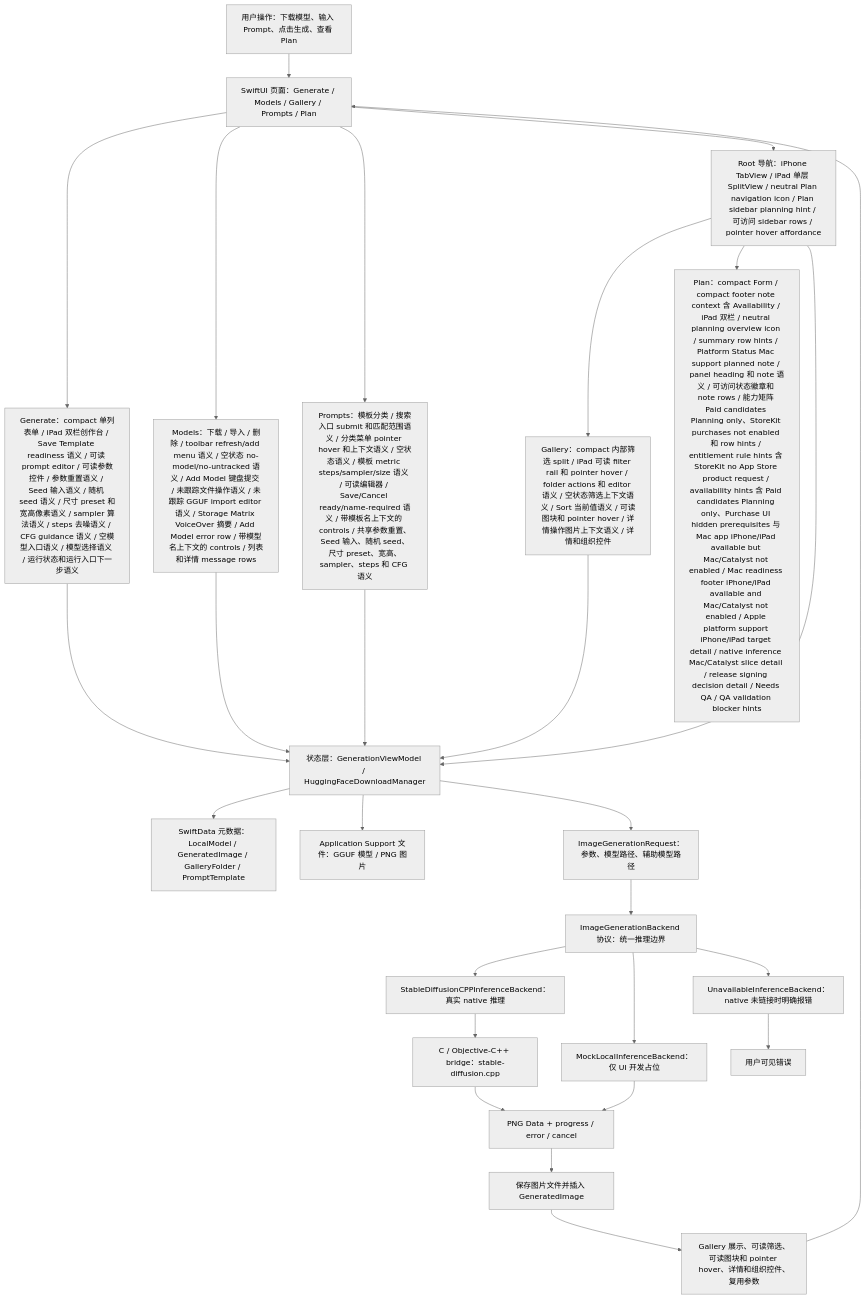
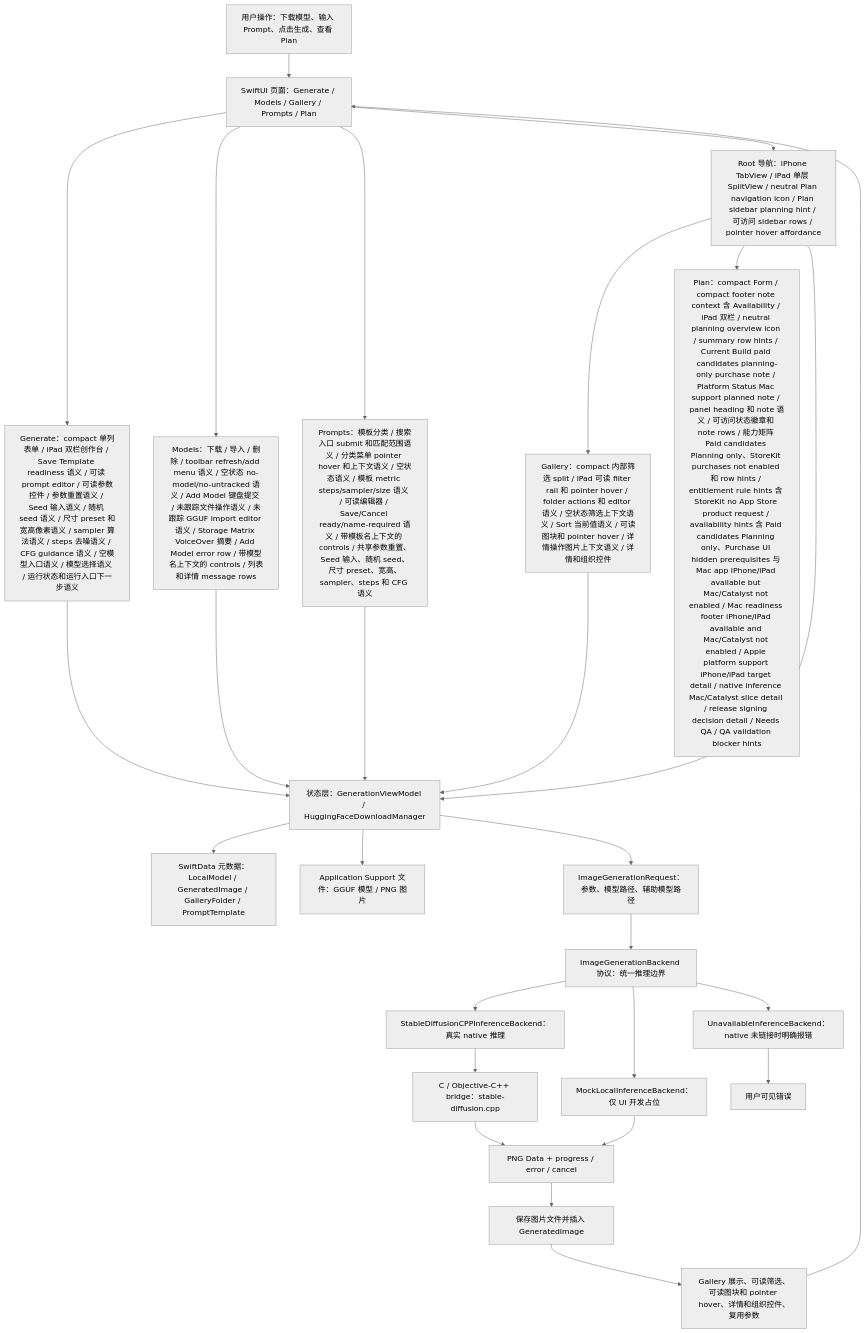
Before and after one commit to Altman-sam114/118: the first of 7 diagrams in md/flow/flowchart.md, drawn with Mermaid (neutral theme). The commit also changed 5 other files, not shown here.

First line of the commit message:
v1.86: Plan purchase note copy

````diff
--- a/md/flow/flowchart.md
+++ b/md/flow/flowchart.md
@@ -9,29 +9,29 @@
 ```mermaid
 flowchart TD
   U["用户操作：下载模型、输入 Prompt、点击生成、查看 Plan"] --> UI["SwiftUI 页面：Generate / Models / Gallery / Prompts / Plan"]
   UI --> GENUI["Generate：compact 单列表单 / iPad 双栏创作台 / Save Template readiness 语义 / 可读 prompt editor / 可读参数控件 / 参数重置语义 / Seed 输入语义 / 随机 seed 语义 / 尺寸 preset 和宽高像素语义 / sampler 算法语义 / steps 去噪语义 / CFG guidance 语义 / 空模型入口语义 / 模型选择语义 / 运行状态和运行入口下一步语义"]
   UI --> MODELUI["Models：下载 / 导入 / 删除 / toolbar refresh/add menu 语义 / 空状态 no-model/no-untracked 语义 / Add Model 键盘提交 / 未跟踪文件操作语义 / 未跟踪 GGUF import editor 语义 / Storage Matrix VoiceOver 摘要 / Add Model error row / 带模型名上下文的 controls / 列表和详情 message rows"]
   UI --> PROMPTUI["Prompts：模板分类 / 搜索入口 submit 和匹配范围语义 / 分类菜单 pointer hover 和上下文语义 / 空状态语义 / 模板 metric steps/sampler/size 语义 / 可读编辑器 / Save/Cancel ready/name-required 语义 / 带模板名上下文的 controls / 共享参数重置、Seed 输入、随机 seed、尺寸 preset、宽高、sampler、steps 和 CFG 语义"]
   UI --> NAV["Root 导航：iPhone TabView / iPad 单层 SplitView / neutral Plan navigation icon / Plan sidebar planning hint / 可访问 sidebar rows / pointer hover affordance"]
   NAV --> GALUI["Gallery：compact 内部筛选 split / iPad 可读 filter rail 和 pointer hover / folder actions 和 editor 语义 / 空状态筛选上下文语义 / Sort 当前值语义 / 可读图块和 pointer hover / 详情操作图片上下文语义 / 详情和组织控件"]
-  NAV --> PLANUI["Plan：compact Form / compact footer note context 含 Availability / iPad 双栏 / neutral planning overview icon / summary row hints / Platform Status Mac support planned note / panel heading 和 note 语义 / 可访问状态徽章和 note rows / 能力矩阵 Paid candidates Planning only、StoreKit purchases not enabled 和 row hints / entitlement rule hints 含 StoreKit no App Store product request / availability hints 含 Paid candidates Planning only、Purchase UI hidden prerequisites 与 Mac app iPhone/iPad available but Mac/Catalyst not enabled / Mac readiness footer iPhone/iPad available and Mac/Catalyst not enabled / Apple platform support iPhone/iPad target detail / native inference Mac/Catalyst slice detail / release signing decision detail / Needs QA / QA validation blocker hints"]
+  NAV --> PLANUI["Plan：compact Form / compact footer note context 含 Availability / iPad 双栏 / neutral planning overview icon / summary row hints / Current Build paid candidates planning-only purchase note / Platform Status Mac support planned note / panel heading 和 note 语义 / 可访问状态徽章和 note rows / 能力矩阵 Paid candidates Planning only、StoreKit purchases not enabled 和 row hints / entitlement rule hints 含 StoreKit no App Store product request / availability hints 含 Paid candidates Planning only、Purchase UI hidden prerequisites 与 Mac app iPhone/iPad available but Mac/Catalyst not enabled / Mac readiness footer iPhone/iPad available and Mac/Catalyst not enabled / Apple platform support iPhone/iPad target detail / native inference Mac/Catalyst slice detail / release signing decision detail / Needs QA / QA validation blocker hints"]
   NAV --> VM["状态层：GenerationViewModel / HuggingFaceDownloadManager"]
   GENUI --> VM
   MODELUI --> VM
   PROMPTUI --> VM
   GALUI --> VM
   VM --> SD["SwiftData 元数据：LocalModel / GeneratedImage / GalleryFolder / PromptTemplate"]
   VM --> FS["Application Support 文件：GGUF 模型 / PNG 图片"]
   VM --> REQ["ImageGenerationRequest：参数、模型路径、辅助模型路径"]
   REQ --> IFACE["ImageGenerationBackend 协议：统一推理边界"]
   IFACE --> NATIVE["StableDiffusionCPPInferenceBackend：真实 native 推理"]
   IFACE --> MOCK["MockLocalInferenceBackend：仅 UI 开发占位"]
   IFACE --> OFF["UnavailableInferenceBackend：native 未链接时明确报错"]
   NATIVE --> BRIDGE["C / Objective-C++ bridge：stable-diffusion.cpp"]
   BRIDGE --> PNG["PNG Data + progress / error / cancel"]
   MOCK --> PNG
   OFF --> ERR["用户可见错误"]
   PNG --> SAVE["保存图片文件并插入 GeneratedImage"]
   SAVE --> GALLERY["Gallery 展示、可读筛选、可读图块和 pointer hover、详情和组织控件、复用参数"]
   GALLERY --> UI
 ```
````
